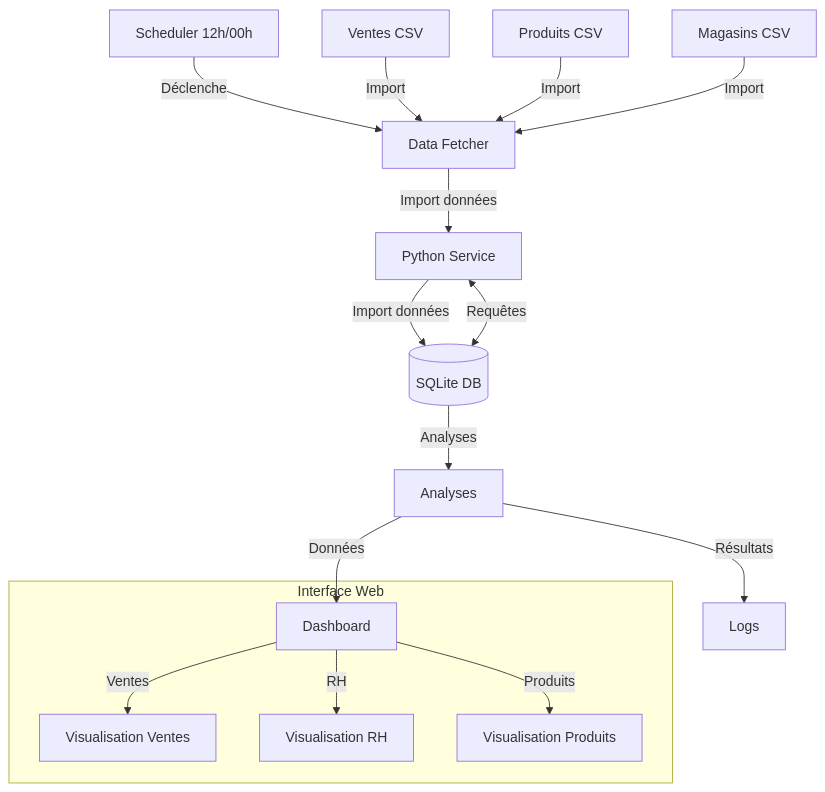
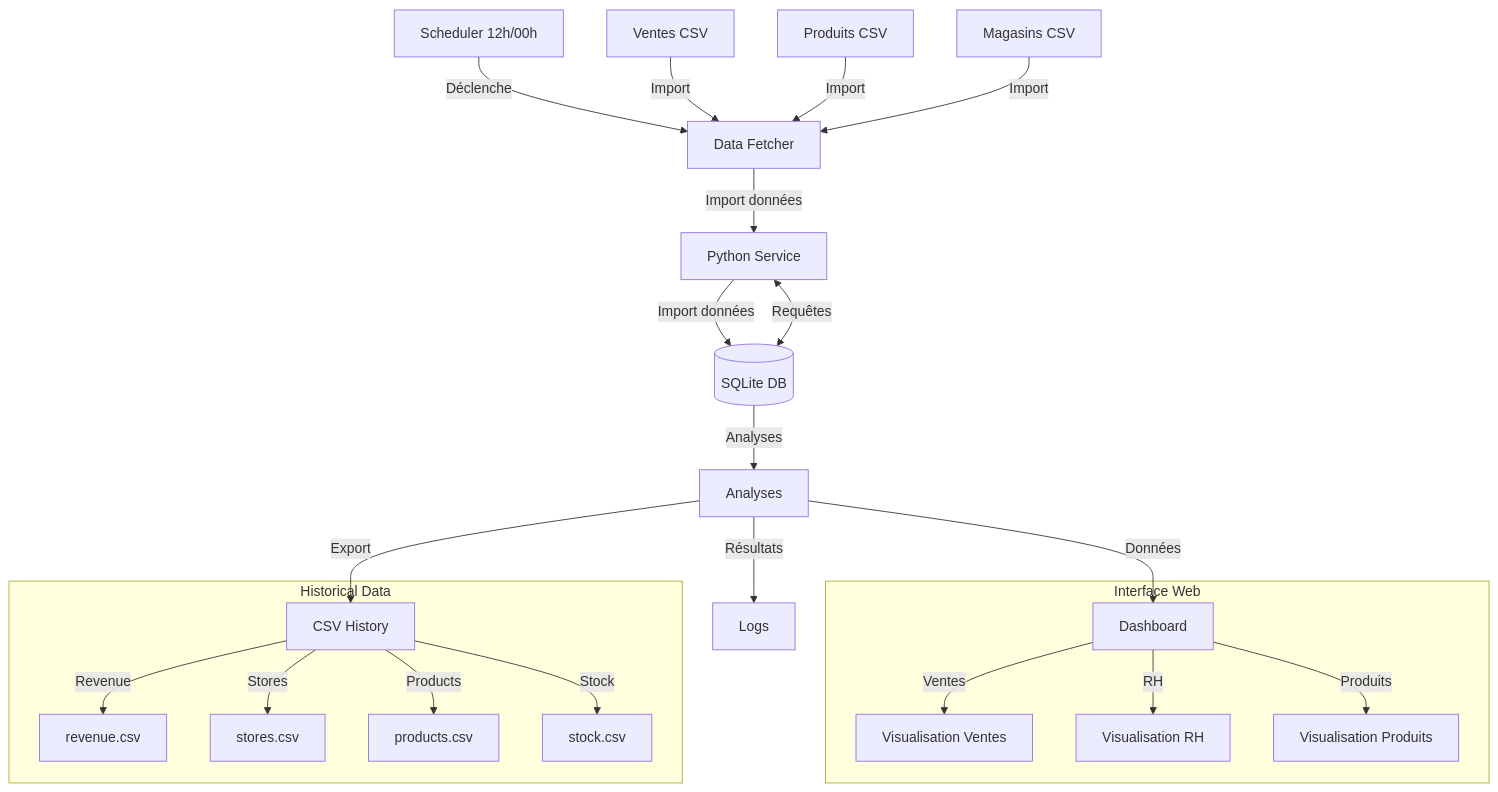
Before and after one commit to Arctusol/test_simplon: the first of 2 diagrams in README.md, drawn with Mermaid. The commit also changed other lines of this file, not shown here.

Commit message:
Mise à jour du README.md pour inclure des informations sur l'exportation des données d'analyse vers des fichiers CSV, ajout de la structure des fichiers CSV et des détails sur les métriques suivies.

````diff
--- a/README.md
+++ b/README.md
@@ -24,21 +24,29 @@
 ```mermaid
 flowchart TD
     SCHED[Scheduler 12h/00h] -->|Déclenche| FETCH[Data Fetcher]
     CSV1[Ventes CSV] -->|Import| FETCH
     CSV2[Produits CSV] -->|Import| FETCH
     CSV3[Magasins CSV] -->|Import| FETCH
     
     FETCH -->|Import données| PS[Python Service]
     PS -->|Import données| DB[(SQLite DB)]
     PS <-->|Requêtes| DB
     
     DB -->|Analyses| AN[Analyses]
     AN -->|Résultats| LOG[Logs]
+    AN -->|Export| CSV[CSV History]
     AN -->|Données| DASH[Dashboard]
     
     subgraph Interface Web
         DASH -->|Ventes| VIZ1[Visualisation Ventes]
         DASH -->|RH| VIZ2[Visualisation RH]
         DASH -->|Produits| VIZ3[Visualisation Produits]
     end
+
+    subgraph Historical Data
+        CSV -->|Revenue| H1[revenue.csv]
+        CSV -->|Stores| H2[stores.csv]
+        CSV -->|Products| H3[products.csv]
+        CSV -->|Stock| H4[stock.csv]
+    end
 ```
````
